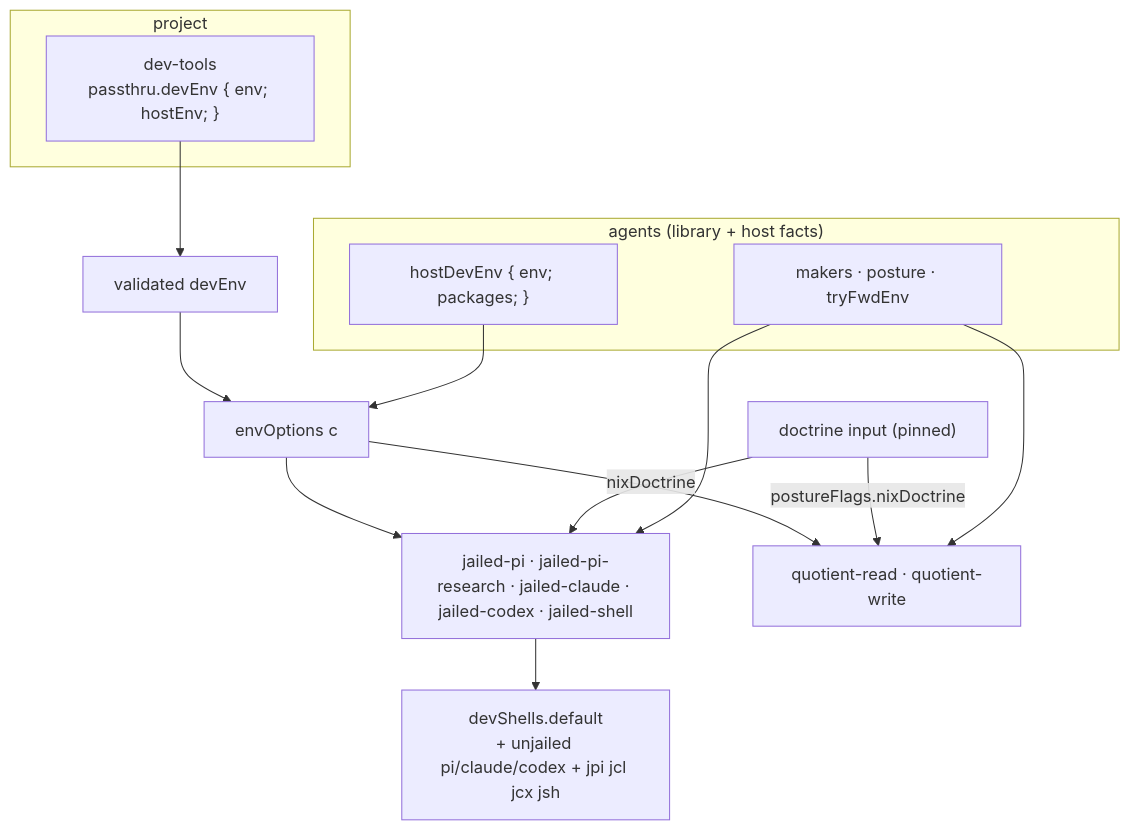
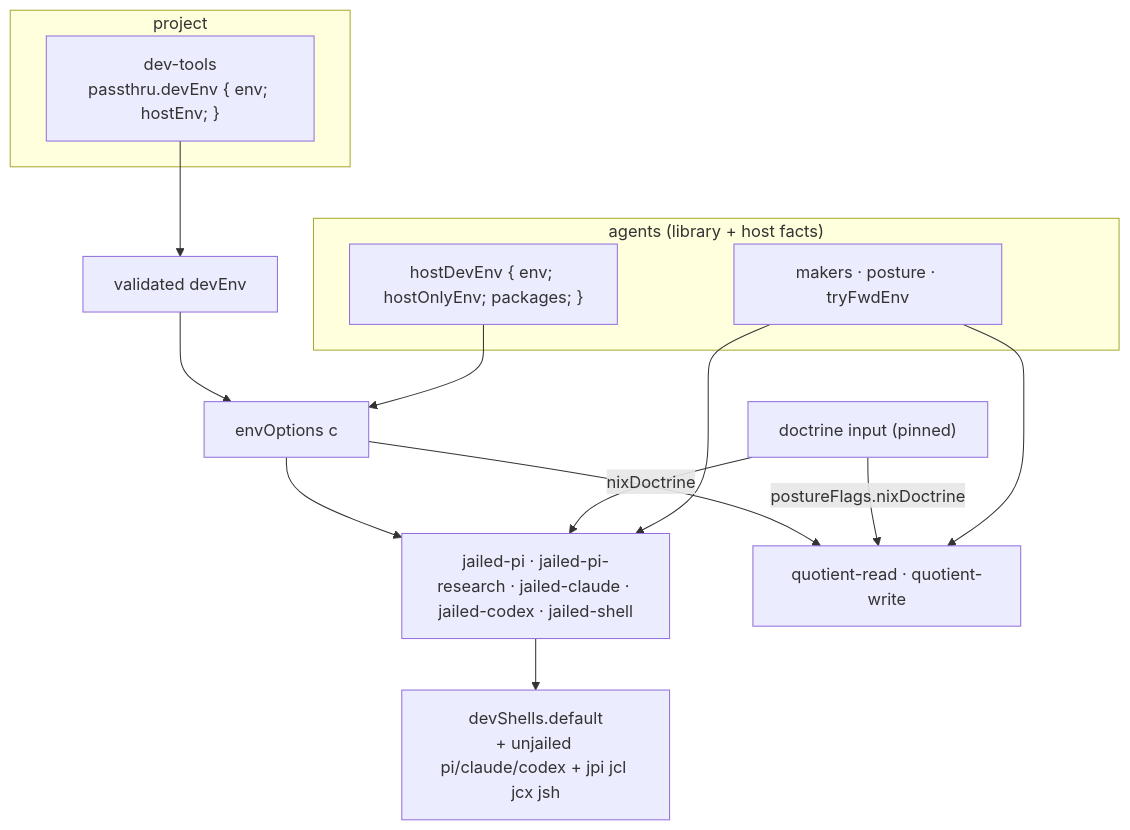
Before and after one commit to davidlee/nix-config: the third of 5 diagrams in flakes/.doctrine/slice/023/design.md, drawn with Mermaid. The commit also changed other lines of this file and 92 other files, not shown here.

````diff
--- a/flakes/.doctrine/slice/023/design.md
+++ b/flakes/.doctrine/slice/023/design.md
@@ -285,21 +302,21 @@
 ```mermaid
 flowchart TB
   subgraph project
     DT["dev-tools<br/>passthru.devEnv { env; hostEnv; }"]
   end
   subgraph agents["agents (library + host facts)"]
-    HD["hostDevEnv { env; packages; }"]
+    HD["hostDevEnv { env; hostOnlyEnv; packages; }"]
     MK["makers · posture · tryFwdEnv"]
   end
   DI["doctrine input (pinned)"]
   DT --> V["validated devEnv"]
   V --> EO["envOptions c"]
   HD --> EO
   EO --> J["jailed-pi · jailed-pi-research · jailed-claude · jailed-codex · jailed-shell"]
   EO --> F["quotient-read · quotient-write"]
   DI -->|"nixDoctrine"| J
   DI -->|"postureFlags.nixDoctrine"| F
   J --> S["devShells.default<br/>+ unjailed pi/claude/codex + jpi jcl jcx jsh"]
   MK --> J
   MK --> F
 ```
````
